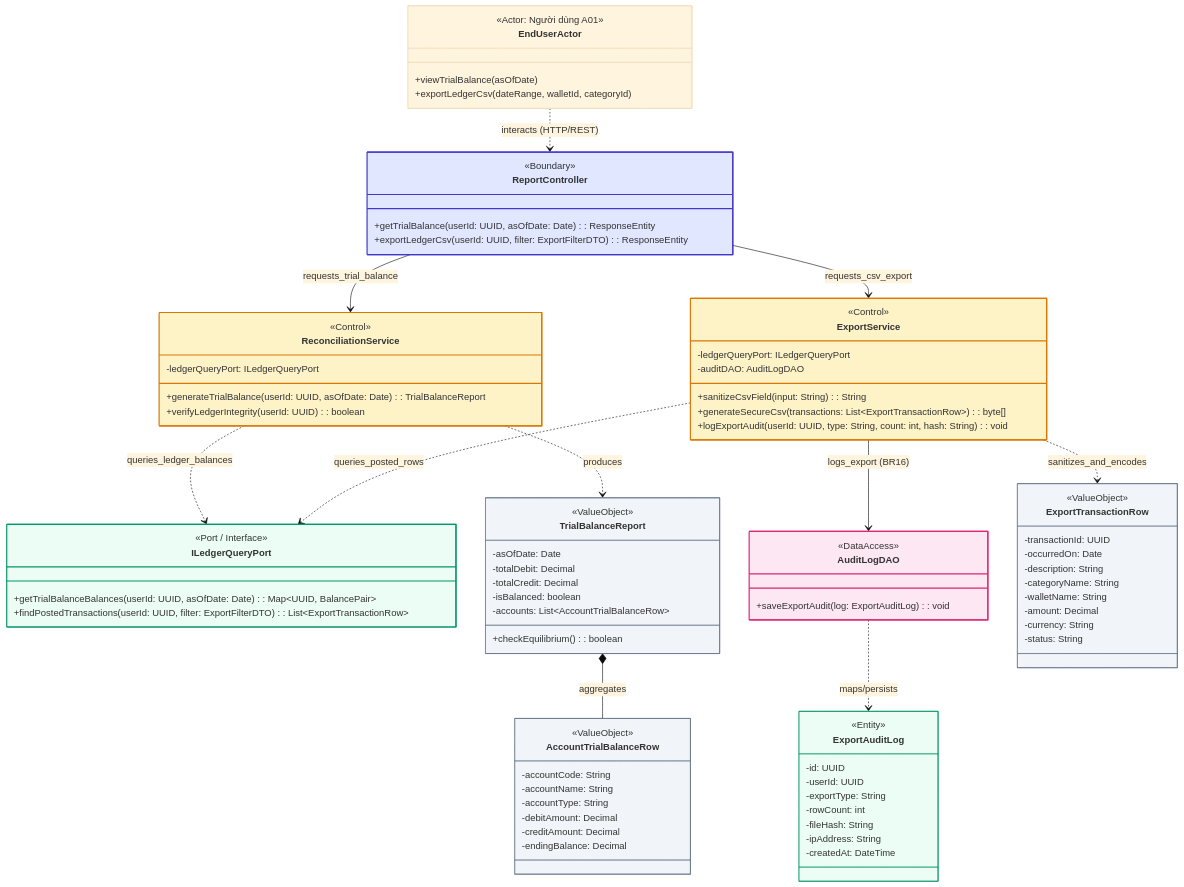
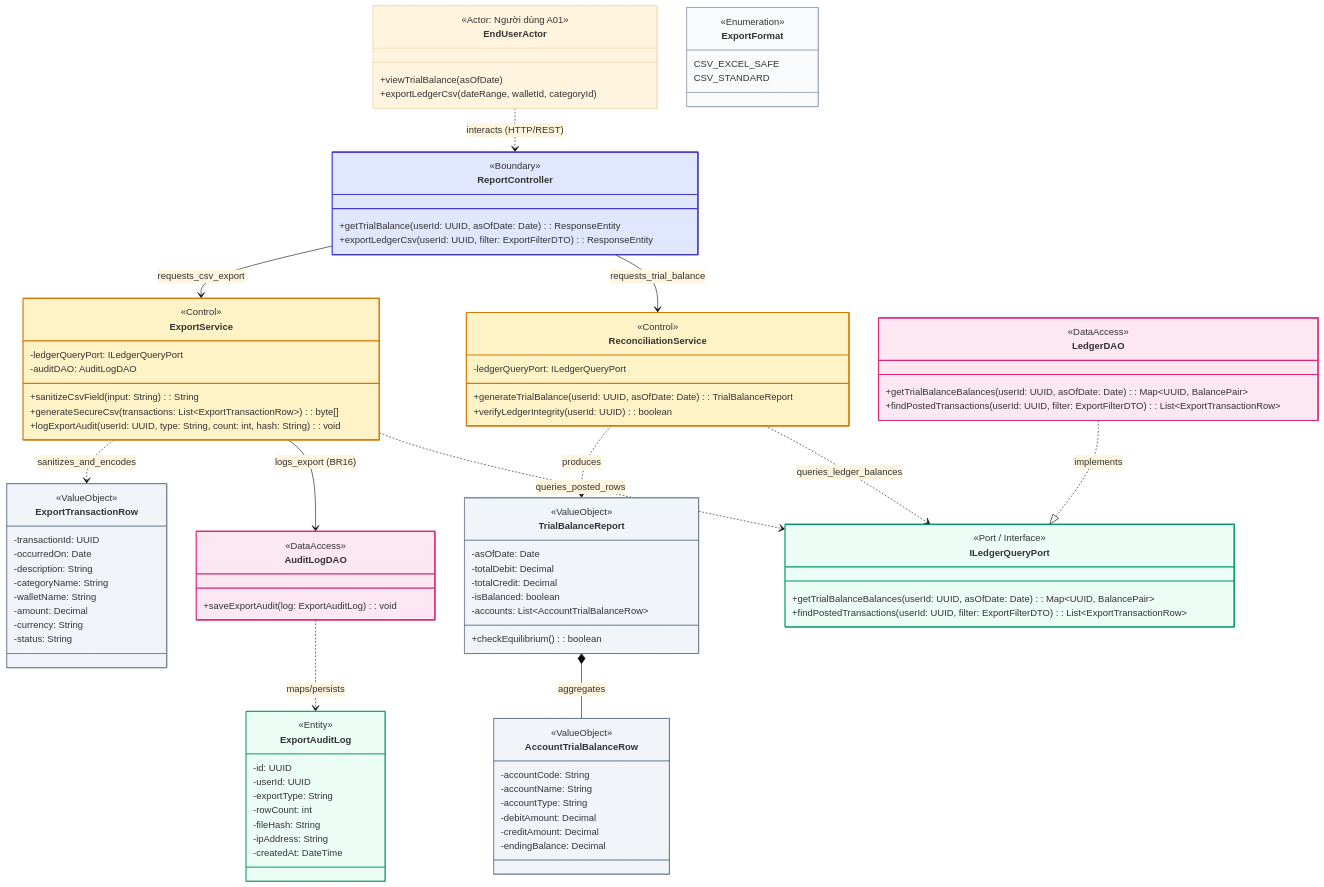
Before and after one commit to huytothevoz/SE---Microfinance-Personal-Wealth-Expense-Tracker: the diagram in docs/02_elaboration/uml_modeling/class_diagram/sources/cd04_reconciliation_csv.mmd, drawn with Mermaid (base theme). The commit also changed 5 other files, not shown here.

Commit message:
docs(uml): perfect class-to-style alignment and value objects across CD02-CD04

```diff
--- a/docs/02_elaboration/uml_modeling/class_diagram/sources/cd04_reconciliation_csv.mmd
+++ b/docs/02_elaboration/uml_modeling/class_diagram/sources/cd04_reconciliation_csv.mmd
@@ -1,128 +1,141 @@
 classDiagram
     direction TB
 
     %% ==========================================
     %% ACTORS (Tác nhân tương tác)
     %% ==========================================
     class EndUserActor {
         <<Actor: Người dùng A01>>
         +viewTrialBalance(asOfDate)
         +exportLedgerCsv(dateRange, walletId, categoryId)
     }
 
     %% ==========================================
     %% BOUNDARY LAYER (Controllers)
     %% ==========================================
     class ReportController {
         <<Boundary>>
         +getTrialBalance(userId: UUID, asOfDate: Date): ResponseEntity
         +exportLedgerCsv(userId: UUID, filter: ExportFilterDTO): ResponseEntity
     }
 
     %% ==========================================
     %% CONTROL LAYER (Services)
     %% ==========================================
     class ReconciliationService {
         <<Control>>
         -ledgerQueryPort: ILedgerQueryPort
         +generateTrialBalance(userId: UUID, asOfDate: Date): TrialBalanceReport
         +verifyLedgerIntegrity(userId: UUID): boolean
     }
 
     class ExportService {
         <<Control>>
         -ledgerQueryPort: ILedgerQueryPort
         -auditDAO: AuditLogDAO
         +sanitizeCsvField(input: String): String
         +generateSecureCsv(transactions: List~ExportTransactionRow~): byte[]
         +logExportAudit(userId: UUID, type: String, count: int, hash: String): void
     }
 
     class ILedgerQueryPort {
         <<Port / Interface>>
         +getTrialBalanceBalances(userId: UUID, asOfDate: Date): Map~UUID, BalancePair~
         +findPostedTransactions(userId: UUID, filter: ExportFilterDTO): List~ExportTransactionRow~
     }
 
     %% ==========================================
     %% DATA ACCESS LAYER (DAOs)
     %% ==========================================
     class AuditLogDAO {
         <<DataAccess>>
         +saveExportAudit(log: ExportAuditLog): void
     }
 
+    class LedgerDAO {
+        <<DataAccess>>
+        +getTrialBalanceBalances(userId: UUID, asOfDate: Date): Map~UUID, BalancePair~
+        +findPostedTransactions(userId: UUID, filter: ExportFilterDTO): List~ExportTransactionRow~
+    }
+
     %% ==========================================
     %% ENTITIES & REPORT VALUE OBJECTS
     %% ==========================================
     class ExportAuditLog {
         <<Entity>>
         -id: UUID
         -userId: UUID
         -exportType: String
         -rowCount: int
         -fileHash: String
         -ipAddress: String
         -createdAt: DateTime
     }
 
     class TrialBalanceReport {
         <<ValueObject>>
         -asOfDate: Date
         -totalDebit: Decimal
         -totalCredit: Decimal
         -isBalanced: boolean
         -accounts: List~AccountTrialBalanceRow~
         +checkEquilibrium(): boolean
     }
 
     class AccountTrialBalanceRow {
         <<ValueObject>>
         -accountCode: String
         -accountName: String
         -accountType: String
         -debitAmount: Decimal
         -creditAmount: Decimal
         -endingBalance: Decimal
     }
 
     class ExportTransactionRow {
         <<ValueObject>>
         -transactionId: UUID
         -occurredOn: Date
         -description: String
         -categoryName: String
         -walletName: String
         -amount: Decimal
         -currency: String
         -status: String
     }
 
+    class ExportFormat {
+        <<Enumeration>>
+        CSV_EXCEL_SAFE
+        CSV_STANDARD
+    }
+
     %% ==========================================
     %% RELATIONSHIPS & INTERACTIONS
     %% ==========================================
     EndUserActor ..> ReportController : interacts (HTTP/REST)
     ReportController --> ReconciliationService : requests_trial_balance
     ReportController --> ExportService : requests_csv_export
     ReconciliationService ..> ILedgerQueryPort : queries_ledger_balances
     ExportService ..> ILedgerQueryPort : queries_posted_rows
+    LedgerDAO ..|> ILedgerQueryPort : implements
     ExportService --> AuditLogDAO : logs_export (BR16)
     AuditLogDAO ..> ExportAuditLog : maps/persists
     ReconciliationService ..> TrialBalanceReport : produces
     TrialBalanceReport *-- AccountTrialBalanceRow : aggregates
     ExportService ..> ExportTransactionRow : sanitizes_and_encodes
 
     %% ==========================================
     %% STYLES & HIGHLIGHTS (BCE+D Color Palette)
     %% ==========================================
     style ReportController fill:#E0E7FF,stroke:#4338CA,stroke-width:2px
     style ReconciliationService fill:#FEF3C7,stroke:#D97706,stroke-width:2px
     style ExportService fill:#FEF3C7,stroke:#D97706,stroke-width:2px
     style ILedgerQueryPort fill:#ECFDF5,stroke:#059669,stroke-width:2px
     style AuditLogDAO fill:#FCE7F3,stroke:#DB2777,stroke-width:2px
     style LedgerDAO fill:#FCE7F3,stroke:#DB2777,stroke-width:2px
     style ExportAuditLog fill:#ECFDF5,stroke:#059669,stroke-width:1px
     style TrialBalanceReport fill:#F1F5F9,stroke:#64748B,stroke-width:1px
     style AccountTrialBalanceRow fill:#F1F5F9,stroke:#64748B,stroke-width:1px
     style ExportTransactionRow fill:#F1F5F9,stroke:#64748B,stroke-width:1px
     style ExportFormat fill:#F8FAFC,stroke:#94A3B8,stroke-width:1px
```
